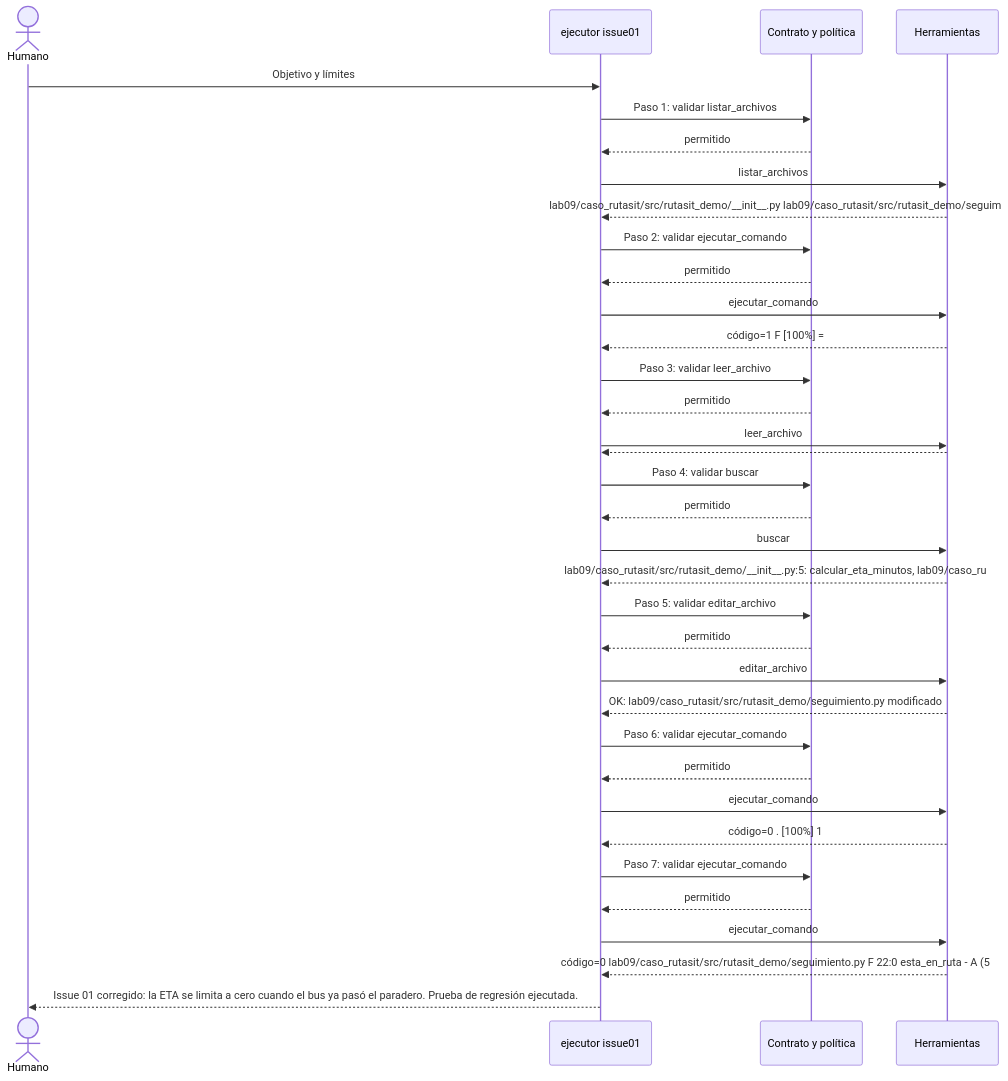
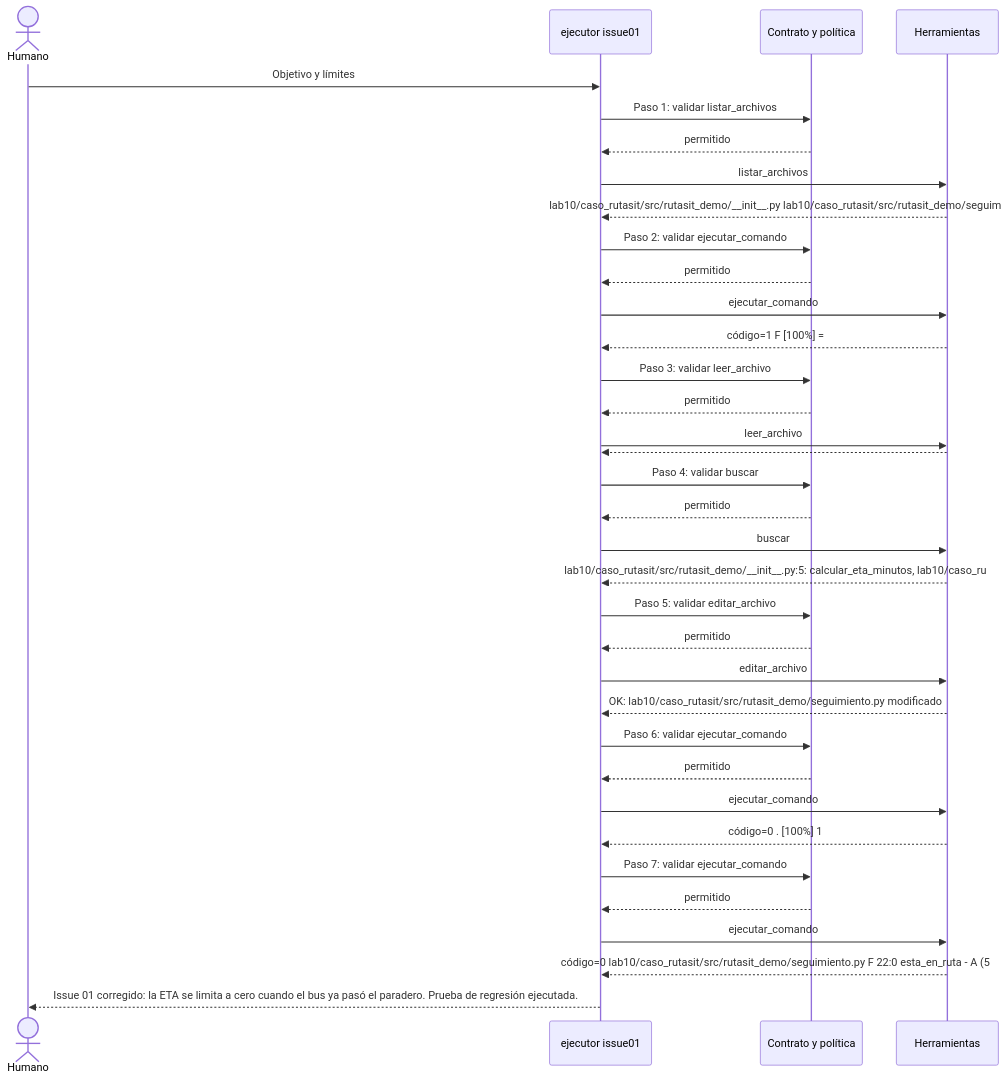
Before and after one commit to F4brici0L4yme/cs-2026b-lab04-grupo-b: the diagram in agentes/trazas/issue01.mmd, drawn with Mermaid. The commit also changed 41 other files, not shown here.

```diff
--- a/agentes/trazas/issue01.mmd
+++ b/agentes/trazas/issue01.mmd
@@ -1,35 +1,35 @@
 sequenceDiagram
     actor Humano
     participant E1 as ejecutor issue01
     participant C as Contrato y política
     participant H as Herramientas
     Humano->>E1: Objetivo y límites
     E1->>C: Paso 1: validar listar_archivos
     C-->>E1: permitido
     E1->>H: listar_archivos
-    H-->>E1: lab09/caso_rutasit/src/rutasit_demo/__init__.py lab09/caso_rutasit/src/rutasit_demo/seguim
+    H-->>E1: lab10/caso_rutasit/src/rutasit_demo/__init__.py lab10/caso_rutasit/src/rutasit_demo/seguim
     E1->>C: Paso 2: validar ejecutar_comando
     C-->>E1: permitido
     E1->>H: ejecutar_comando
     H-->>E1: código=1 F                                                                        [100%] =
     E1->>C: Paso 3: validar leer_archivo
     C-->>E1: permitido
     E1->>H: leer_archivo
     H-->>E1: # ISSUE-01: el ETA se vuelve negativo después de pasar el paradero  **Observado:** si el b
     E1->>C: Paso 4: validar buscar
     C-->>E1: permitido
     E1->>H: buscar
-    H-->>E1: lab09/caso_rutasit/src/rutasit_demo/__init__.py:5:     calcular_eta_minutos, lab09/caso_ru
+    H-->>E1: lab10/caso_rutasit/src/rutasit_demo/__init__.py:5:     calcular_eta_minutos, lab10/caso_ru
     E1->>C: Paso 5: validar editar_archivo
     C-->>E1: permitido
     E1->>H: editar_archivo
-    H-->>E1: OK: lab09/caso_rutasit/src/rutasit_demo/seguimiento.py modificado
+    H-->>E1: OK: lab10/caso_rutasit/src/rutasit_demo/seguimiento.py modificado
     E1->>C: Paso 6: validar ejecutar_comando
     C-->>E1: permitido
     E1->>H: ejecutar_comando
     H-->>E1: código=0 .                                                                        [100%] 1
     E1->>C: Paso 7: validar ejecutar_comando
     C-->>E1: permitido
     E1->>H: ejecutar_comando
-    H-->>E1: código=0 lab09/caso_rutasit/src/rutasit_demo/seguimiento.py     F 22:0 esta_en_ruta - A (5
+    H-->>E1: código=0 lab10/caso_rutasit/src/rutasit_demo/seguimiento.py     F 22:0 esta_en_ruta - A (5
     E1-->>Humano: Issue 01 corregido: la ETA se limita a cero cuando el bus ya pasó el paradero. Prueba de regresión ejecutada.
```
